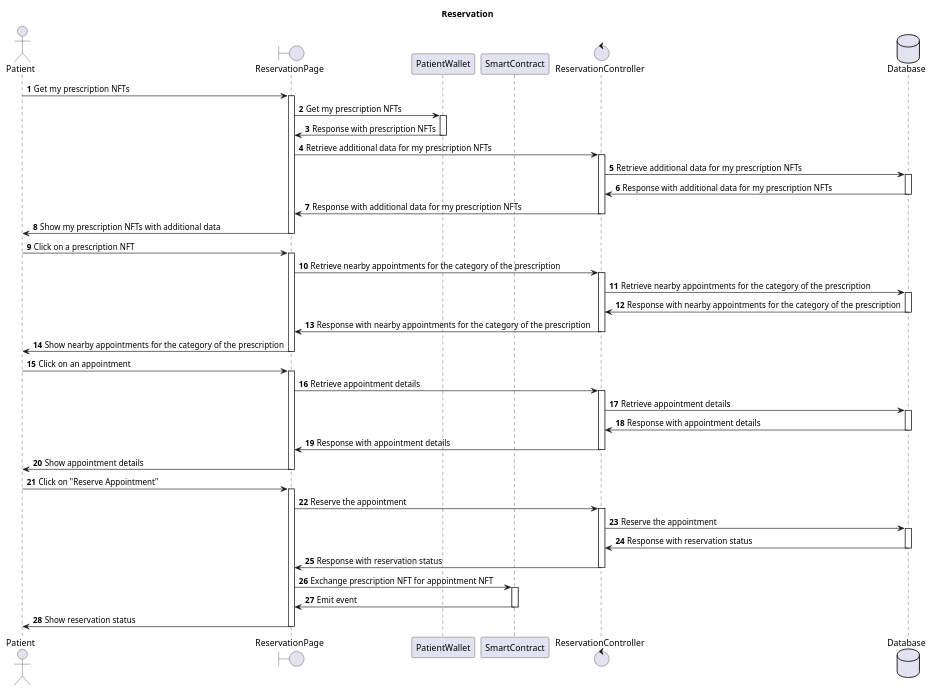
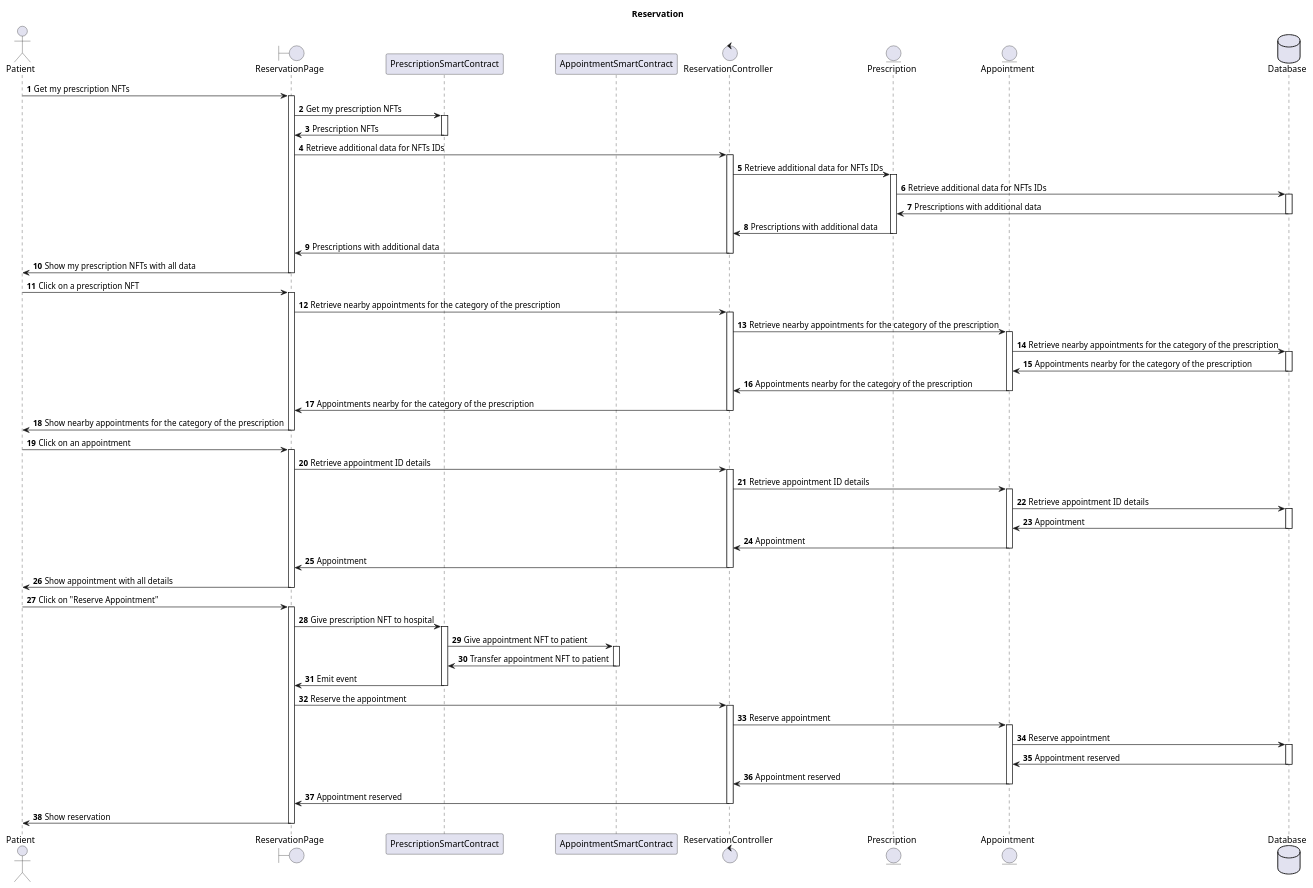
Before and after one commit to CUPChain/webapp: the diagram in uml/Reservation.puml, drawn with PlantUML. The commit also changed 2 other files, not shown here.

Commit message:
improvement on uml

```diff
--- a/uml/Reservation.puml
+++ b/uml/Reservation.puml
@@ -1,44 +1,60 @@
 @startuml Reservation
 title Reservation
 autonumber
 
 actor Patient as Patient
 boundary ReservationPage as ReservationPage
-participant PatientWallet as PatientWallet
-participant SmartContract as SmartContract 
+participant PrescriptionSmartContract as PrescriptionSmartContract
+participant AppointmentSmartContract as AppointmentSmartContract 
 control ReservationController as ReservationController
+entity Prescription as Prescription
+entity Appointment as Appointment
 database Database as Database
 
 Patient -> ReservationPage ++ : Get my prescription NFTs
-ReservationPage -> PatientWallet ++ : Get my prescription NFTs
-PatientWallet -> ReservationPage -- : Response with prescription NFTs
-ReservationPage -> ReservationController ++ : Retrieve additional data for my prescription NFTs
-ReservationController -> Database ++ : Retrieve additional data for my prescription NFTs
-Database -> ReservationController -- : Response with additional data for my prescription NFTs
-ReservationController -> ReservationPage -- : Response with additional data for my prescription NFTs
-ReservationPage -> Patient -- : Show my prescription NFTs with additional data
+ReservationPage -> PrescriptionSmartContract ++ : Get my prescription NFTs
+PrescriptionSmartContract -> ReservationPage -- : Prescription NFTs
+ReservationPage -> ReservationController ++ : Retrieve additional data for NFTs IDs
+ReservationController -> Prescription ++ : Retrieve additional data for NFTs IDs
+Prescription -> Database ++ : Retrieve additional data for NFTs IDs
+Database -> Prescription -- : Prescriptions with additional data
+Prescription -> ReservationController -- : Prescriptions with additional data
+ReservationController -> ReservationPage -- : Prescriptions with additional data
+ReservationPage -> Patient -- : Show my prescription NFTs with all data
 
 Patient -> ReservationPage ++ : Click on a prescription NFT
 ReservationPage -> ReservationController ++ : Retrieve nearby appointments for the category of the prescription
-ReservationController -> Database ++ : Retrieve nearby appointments for the category of the prescription
-Database -> ReservationController -- : Response with nearby appointments for the category of the prescription
-ReservationController -> ReservationPage -- : Response with nearby appointments for the category of the prescription
+ReservationController -> Appointment ++ : Retrieve nearby appointments for the category of the prescription
+Appointment -> Database ++ : Retrieve nearby appointments for the category of the prescription
+Database -> Appointment -- : Appointments nearby for the category of the prescription
+Appointment -> ReservationController -- : Appointments nearby for the category of the prescription
+ReservationController -> ReservationPage -- : Appointments nearby for the category of the prescription
 ReservationPage -> Patient -- : Show nearby appointments for the category of the prescription
 
 Patient -> ReservationPage ++ : Click on an appointment
-ReservationPage -> ReservationController ++ : Retrieve appointment details
-ReservationController -> Database ++ : Retrieve appointment details
-Database -> ReservationController -- : Response with appointment details
-ReservationController -> ReservationPage -- : Response with appointment details
-ReservationPage -> Patient -- : Show appointment details
+ReservationPage -> ReservationController ++ : Retrieve appointment ID details
+ReservationController -> Appointment ++ : Retrieve appointment ID details
+Appointment -> Database ++ : Retrieve appointment ID details
+Database -> Appointment -- : Appointment 
+Appointment -> ReservationController -- : Appointment
+ReservationController -> ReservationPage -- : Appointment
+ReservationPage -> Patient -- : Show appointment with all details
+
 
 Patient -> ReservationPage ++ : Click on "Reserve Appointment"
+
+ReservationPage -> PrescriptionSmartContract ++ : Give prescription NFT to hospital
+PrescriptionSmartContract -> AppointmentSmartContract ++ : Give appointment NFT to patient
+AppointmentSmartContract -> PrescriptionSmartContract  --: Transfer appointment NFT to patient
+PrescriptionSmartContract -> ReservationPage -- : Emit event
+
 ReservationPage -> ReservationController ++ : Reserve the appointment
-ReservationController -> Database ++ : Reserve the appointment
-Database -> ReservationController -- : Response with reservation status
-ReservationController -> ReservationPage -- : Response with reservation status
-ReservationPage -> SmartContract ++ : Exchange prescription NFT for appointment NFT
-SmartContract -> ReservationPage -- : Emit event 
-ReservationPage -> Patient -- : Show reservation status
+ReservationController -> Appointment ++ : Reserve appointment
+Appointment -> Database ++ : Reserve appointment
+Database -> Appointment -- : Appointment reserved
+Appointment -> ReservationController -- : Appointment reserved
+ReservationController -> ReservationPage -- : Appointment reserved
+ 
+ReservationPage -> Patient -- : Show reservation
 
 @enduml
```
